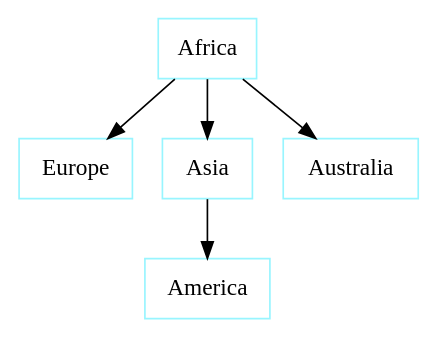
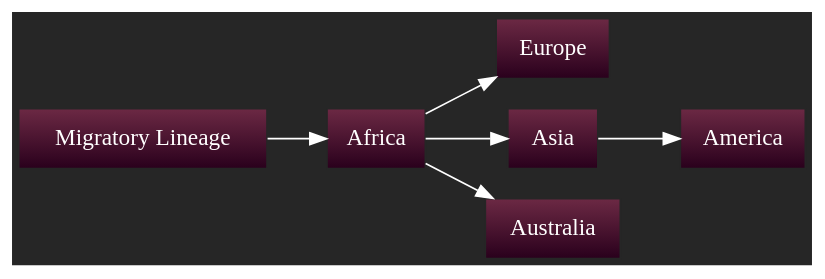
One commit to julianfl0w/Deism changed the diagram in graphs/Migratory_Lineage.dot. Above: the diagram before and after it, drawn with Graphviz. The commit also changed 19 other files, not shown here.

```diff
--- a/graphs/Migratory_Lineage.dot
+++ b/graphs/Migratory_Lineage.dot
@@ -1,11 +1,19 @@
 digraph D {
-"Africa" [shape=box, color = cadetblue1]
-"Europe" [shape=box, color = cadetblue1]
-"Africa" -> "Europe" [penwidth=1]
-"Asia" [shape=box, color = cadetblue1]
-"America" [shape=box, color = cadetblue1]
-"Asia" -> "America" [penwidth=1]
-"Africa" -> "Asia" [penwidth=1]
-"Australia" [shape=box, color = cadetblue1]
-"Africa" -> "Australia" [penwidth=1]
+rankdir = LR
+style = filled
+color = lightgrey
+bgcolor = "#262626"
+fillcolor = "darkgray:gold"
+gradientangle = 0
+"Migratory Lineage" [shape=box, color="#262626", fontcolor=white, fillcolor="#6C2944:#29001C", style=filled, gradientangle=270.05]
+"Africa" [shape=box, color="#262626", fontcolor=white, fillcolor="#6C2944:#29001C", style=filled, gradientangle=270.05]
+"Migratory Lineage" -> "Africa" [color=white, penwidth=1]
+"Europe" [shape=box, color="#262626", fontcolor=white, fillcolor="#6C2944:#29001C", style=filled, gradientangle=270.05]
+"Africa" -> "Europe" [color=white, penwidth=1]
+"Asia" [shape=box, color="#262626", fontcolor=white, fillcolor="#6C2944:#29001C", style=filled, gradientangle=270.05]
+"Africa" -> "Asia" [color=white, penwidth=1]
+"America" [shape=box, color="#262626", fontcolor=white, fillcolor="#6C2944:#29001C", style=filled, gradientangle=270.05]
+"Asia" -> "America" [color=white, penwidth=1]
+"Australia" [shape=box, color="#262626", fontcolor=white, fillcolor="#6C2944:#29001C", style=filled, gradientangle=270.05]
+"Africa" -> "Australia" [color=white, penwidth=1]
 }
```
